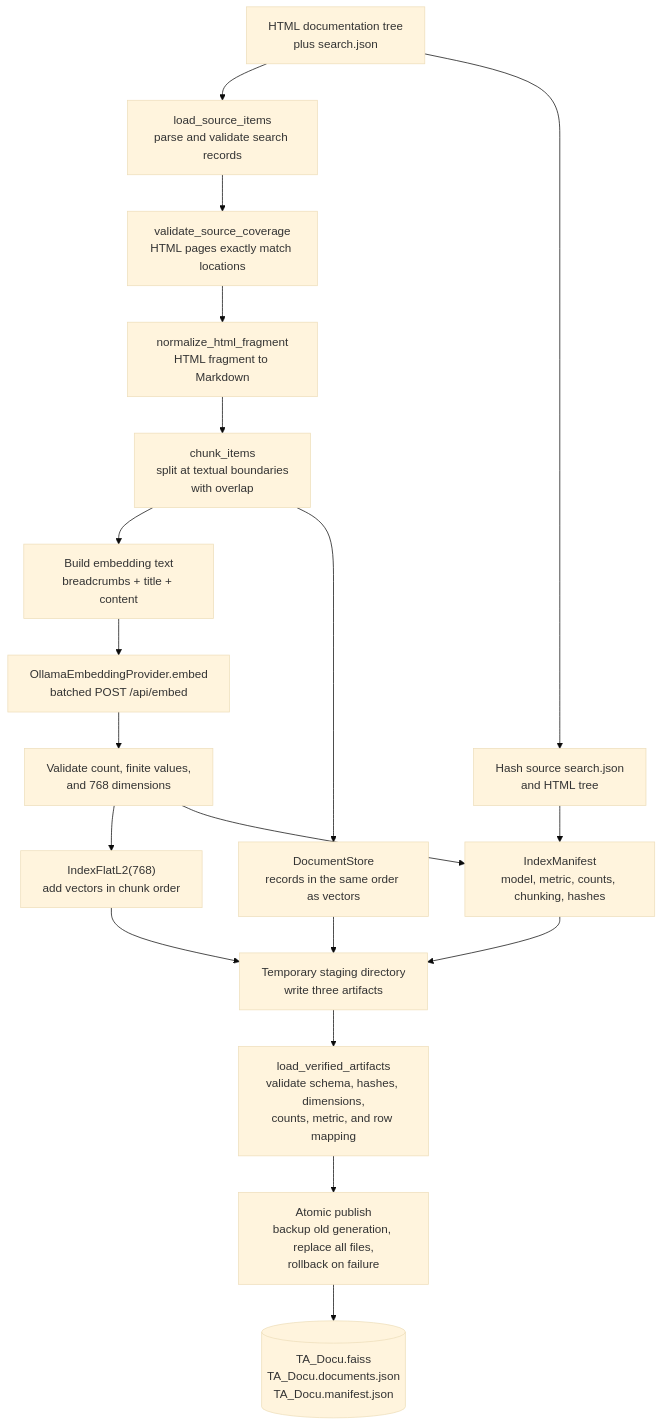
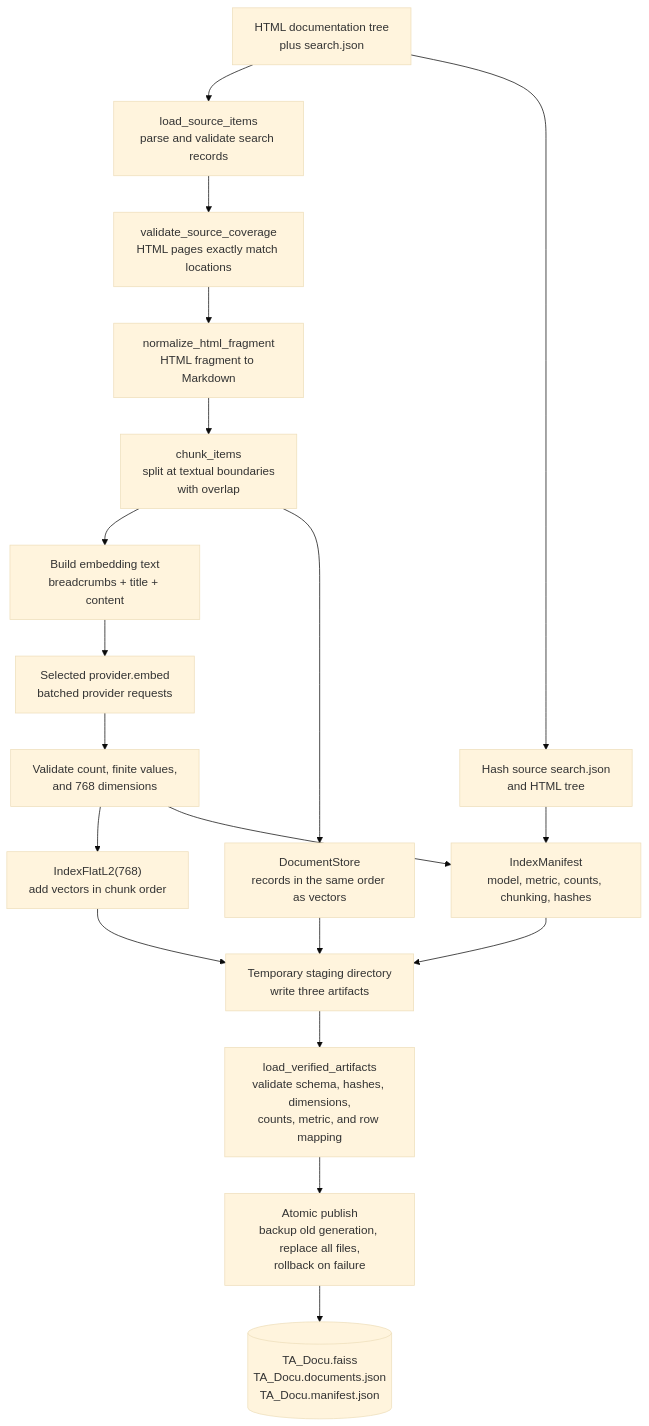
The third of 6 diagrams in ARCHITECTURE.md (dspace-group/TestAutomationSDKMCP), drawn with Mermaid (base theme) before and after one commit. The commit also changed other lines of this file and 22 other files, not shown here.

````diff
--- a/ARCHITECTURE.md
+++ b/ARCHITECTURE.md
@@ -105,29 +105,29 @@
 ```mermaid
 flowchart TD
 	 source[HTML documentation tree\nplus search.json]
 	 load[load_source_items\nparse and validate search records]
 	 coverage[validate_source_coverage\nHTML pages exactly match locations]
 	 normalize[normalize_html_fragment\nHTML fragment to Markdown]
 	 chunk[chunk_items\nsplit at textual boundaries\nwith overlap]
 	 embedding_text[Build embedding text\nbreadcrumbs + title + content]
-	 embed[OllamaEmbeddingProvider.embed\nbatched POST /api/embed]
+	 embed[Selected provider.embed\nbatched provider requests]
 	 validate_vectors[Validate count, finite values,\nand 768 dimensions]
 	faiss["IndexFlatL2(768)\nadd vectors in chunk order"]
 	 store[DocumentStore\nrecords in the same order as vectors]
 	 hashes[Hash source search.json\nand HTML tree]
 	 manifest[IndexManifest\nmodel, metric, counts, chunking, hashes]
 	 stage[Temporary staging directory\nwrite three artifacts]
 	 verify[load_verified_artifacts\nvalidate schema, hashes, dimensions,\ncounts, metric, and row mapping]
 	 publish[Atomic publish\nbackup old generation, replace all files,\nrollback on failure]
 	 artifacts[(TA_Docu.faiss\nTA_Docu.documents.json\nTA_Docu.manifest.json)]
 
 	 source --> load --> coverage --> normalize --> chunk --> embedding_text --> embed --> validate_vectors --> faiss
 	 chunk --> store
 	 source --> hashes
 	 faiss --> stage
 	 store --> stage
 	 hashes --> manifest
 	 validate_vectors --> manifest
 	 manifest --> stage
 	 stage --> verify --> publish --> artifacts
 ```
````
